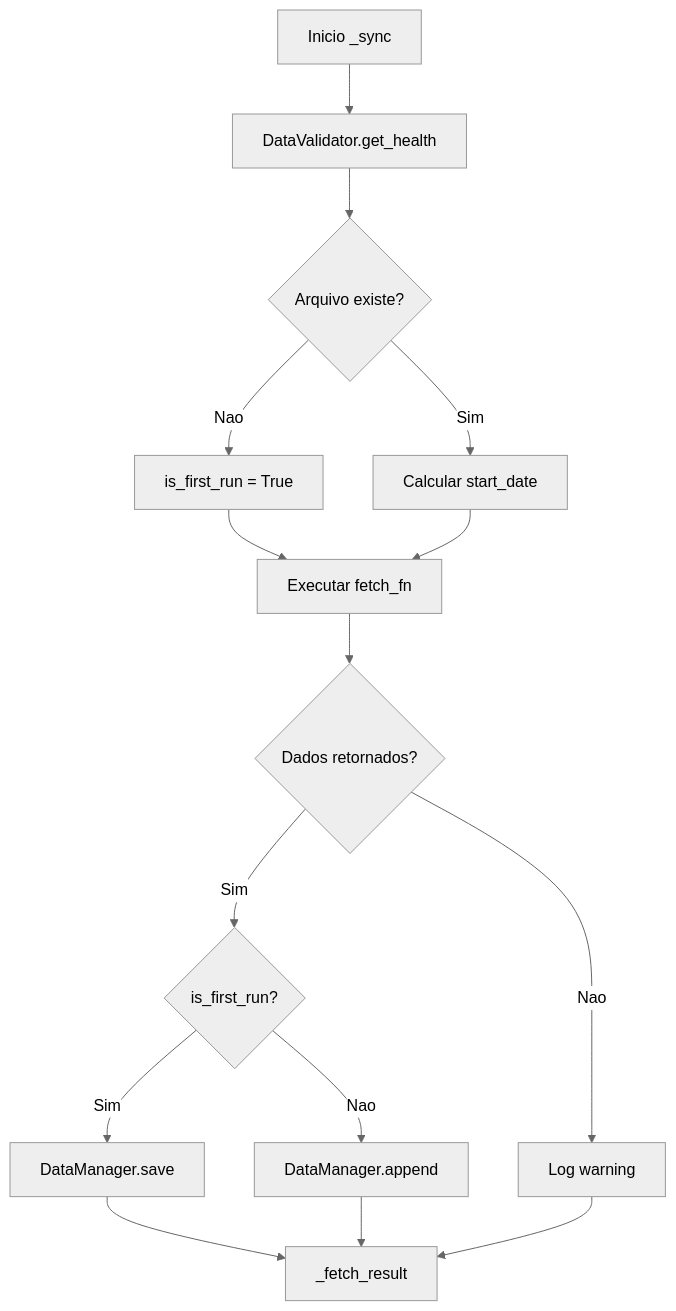
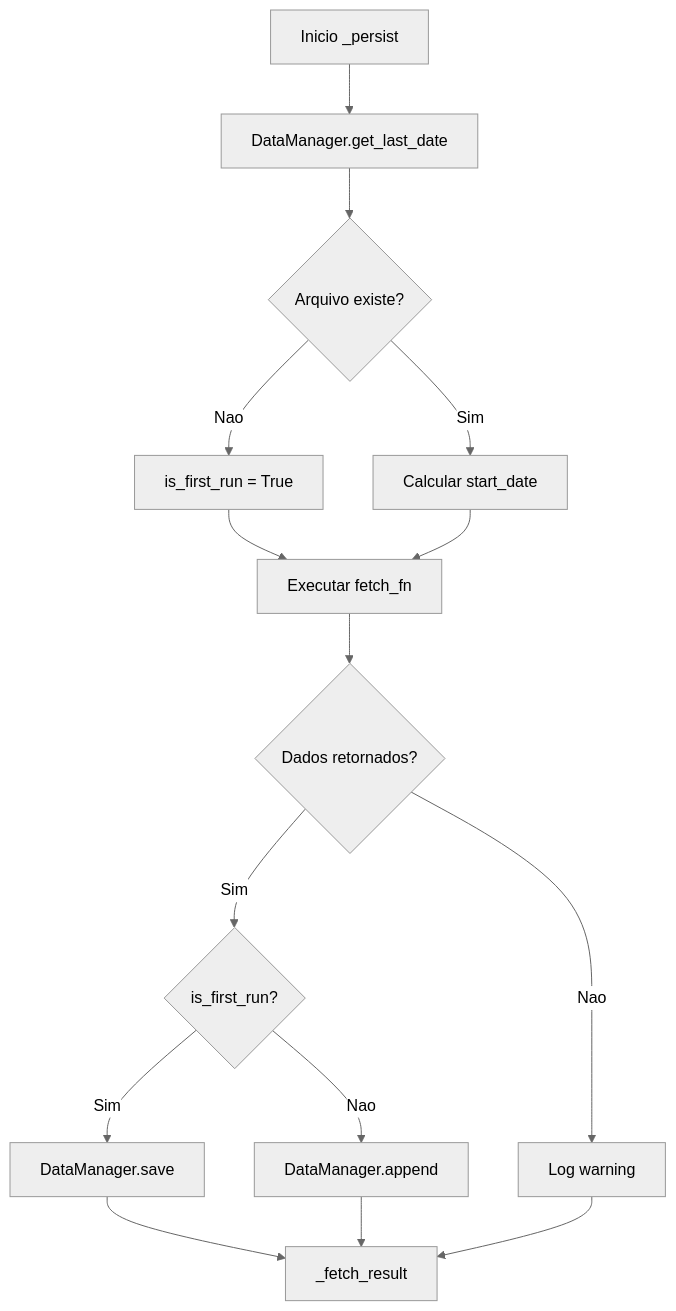
The first of 2 diagrams in docs/internals/services.md (enzoomoreira/adb), drawn with Mermaid (neutral theme) before and after one commit. The commit also changed other lines of this file and 28 other files, not shown here.

First line of the commit message:
refactor: add end_date support, replace _sync with _persist

````diff
--- a/docs/internals/services.md
+++ b/docs/internals/services.md
@@ -295,17 +299,17 @@
 ```mermaid
 flowchart TD
-    A[Inicio _sync] --> B[DataValidator.get_health]
+    A[Inicio _persist] --> B[DataManager.get_last_date]
     B --> C{Arquivo existe?}
     C -->|Nao| D[is_first_run = True]
     C -->|Sim| E[Calcular start_date]
     D --> F[Executar fetch_fn]
     E --> F
     F --> G{Dados retornados?}
     G -->|Nao| H[Log warning]
     G -->|Sim| I{is_first_run?}
     I -->|Sim| J[DataManager.save]
     I -->|Nao| K[DataManager.append]
     J --> L[_fetch_result]
     K --> L
     H --> L
 ```
````
